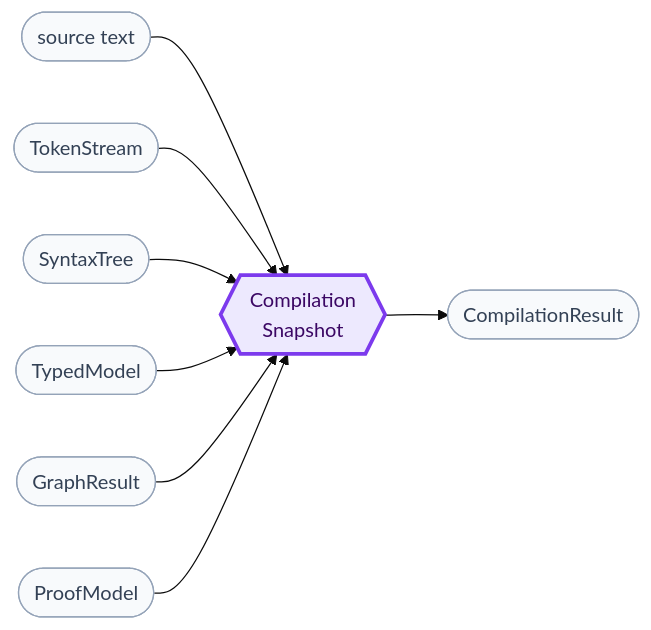
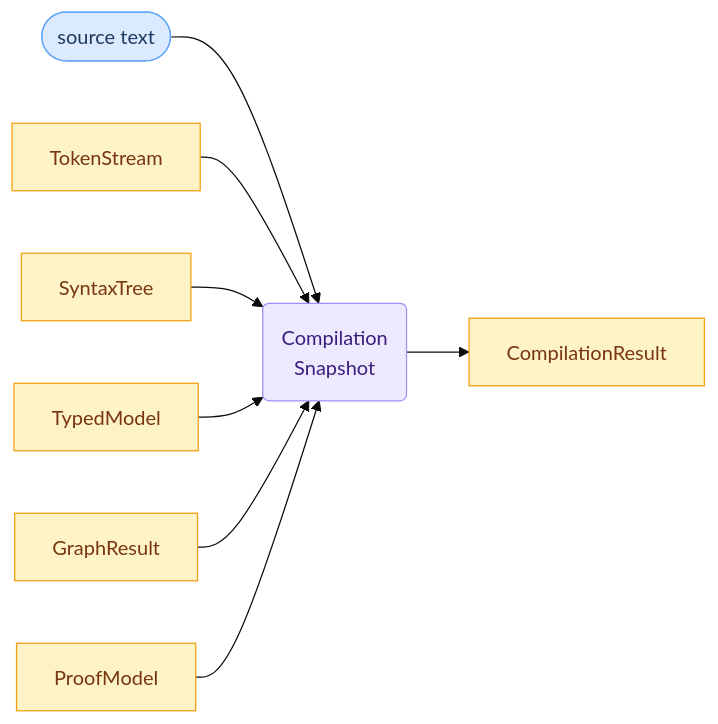
One commit to sfalik/Precept changed the seventh of 9 diagrams in docs/compiler-and-runtime-design.md. Above: the diagram before and after it, drawn with Mermaid (base theme). The commit also changed other lines of this file, not shown here.

Commit message:
docs: align §4–§11 diagram shapes and colors with §3 overview

````diff
--- a/docs/compiler-and-runtime-design.md
+++ b/docs/compiler-and-runtime-design.md
@@ -459,22 +464,23 @@
 ```mermaid
 flowchart LR
-    classDef data fill:#f8fafc,stroke:#94a3b8,color:#334155
-    classDef stage fill:#ede9fe,stroke:#7c3aed,stroke-width:3px,color:#3b0764
+    classDef input fill:#dbeafe,stroke:#60a5fa,color:#1e3a5f
+    classDef stage fill:#ede9fe,stroke:#a78bfa,color:#3b1f7e
+    classDef artifact fill:#fef3c7,stroke:#f59e0b,color:#78350f
 
-    SRC(["source text"]):::data
-    TS(["TokenStream"]):::data
-    ST(["SyntaxTree"]):::data
-    TM(["TypedModel"]):::data
-    GR(["GraphResult"]):::data
-    PM(["ProofModel"]):::data
-    SNAP{{"Compilation\nSnapshot"}}:::stage
-    OUT(["CompilationResult"]):::data
+    SRC([source text]):::input
+    TS[TokenStream]:::artifact
+    ST[SyntaxTree]:::artifact
+    TM[TypedModel]:::artifact
+    GR[GraphResult]:::artifact
+    PM[ProofModel]:::artifact
+    SNAP(Compilation\nSnapshot):::stage
+    OUT[CompilationResult]:::artifact
 
     SRC --> SNAP
     TS --> SNAP
     ST --> SNAP
     TM --> SNAP
     GR --> SNAP
     PM --> SNAP
     SNAP --> OUT
 ```
````
